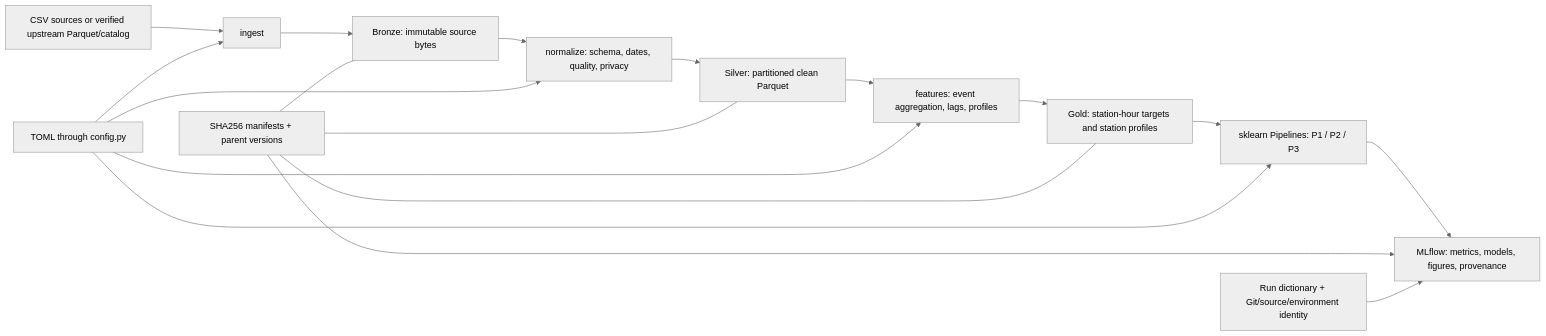
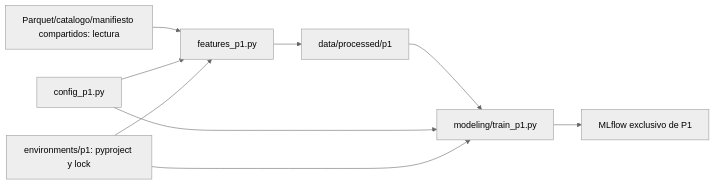
One commit to aramosc09/TC5061-Proyecto-Equipo25 changed the diagram in references/architecture.md. Above: the diagram before and after it, drawn with Mermaid (neutral theme). The commit also changed other lines of this file and 18 other files, not shown here.

````diff
--- a/references/architecture.md
+++ b/references/architecture.md
@@ -5,20 +5,11 @@
 ```mermaid
 flowchart LR
-  S[CSV sources or verified upstream Parquet/catalog] --> I[ingest]
-  I --> B[Bronze: immutable source bytes]
-  B --> N[normalize: schema, dates, quality, privacy]
-  N --> V[Silver: partitioned clean Parquet]
-  V --> F[features: event aggregation, lags, profiles]
-  F --> G[Gold: station-hour targets and station profiles]
-  G --> T[sklearn Pipelines: P1 / P2 / P3]
-  T --> M[MLflow: metrics, models, figures, provenance]
-  C[TOML through config.py] --> I
-  C --> N
-  C --> F
+  D[Parquet/catalogo/manifiesto compartidos: lectura] --> F[features_p1.py]
+  C[config_p1.py] --> F
+  F --> G[data/processed/p1]
+  G --> T[modeling/train_p1.py]
   C --> T
-  H[SHA256 manifests + parent versions] --- B
-  H --- V
-  H --- G
-  H --> M
-  R[Run dictionary + Git/source/environment identity] --> M
+  T --> M[MLflow exclusivo de P1]
+  E[environments/p1: pyproject y lock] --> F
+  E --> T
 ```
````
